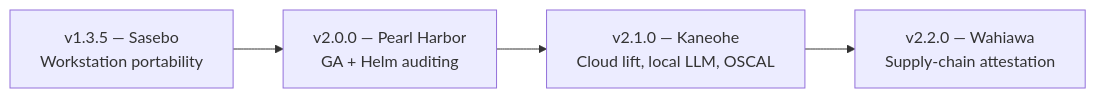
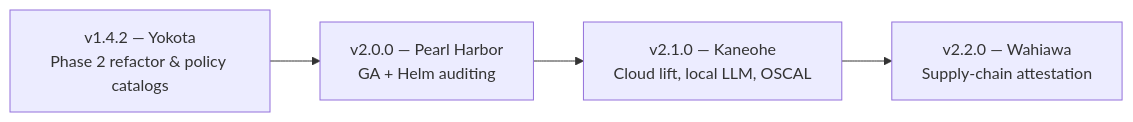
The diagram in hygiene/ROADMAP.md (eodartintlabs-hue/grc-xmini-public), drawn with Mermaid before and after one commit. The commit also changed other lines of this file and 19 other files, not shown here.

Commit message:
fix(release): v1.4.1 (Yokota) - Code Review Phase 1 P0/P1 remediation and regression suite

````diff
--- a/hygiene/ROADMAP.md
+++ b/hygiene/ROADMAP.md
@@ -30,6 +30,6 @@
 ```mermaid
 flowchart LR
-    A["v1.3.5 — Sasebo<br/>Workstation portability"] --> B["v2.0.0 — Pearl Harbor<br/>GA + Helm auditing"]
+    A["v1.4.2 — Yokota<br/>Phase 2 refactor & policy catalogs"] --> B["v2.0.0 — Pearl Harbor<br/>GA + Helm auditing"]
     B --> C["v2.1.0 — Kaneohe<br/>Cloud lift, local LLM, OSCAL"]
     C --> D["v2.2.0 — Wahiawa<br/>Supply-chain attestation"]
 ```
````
